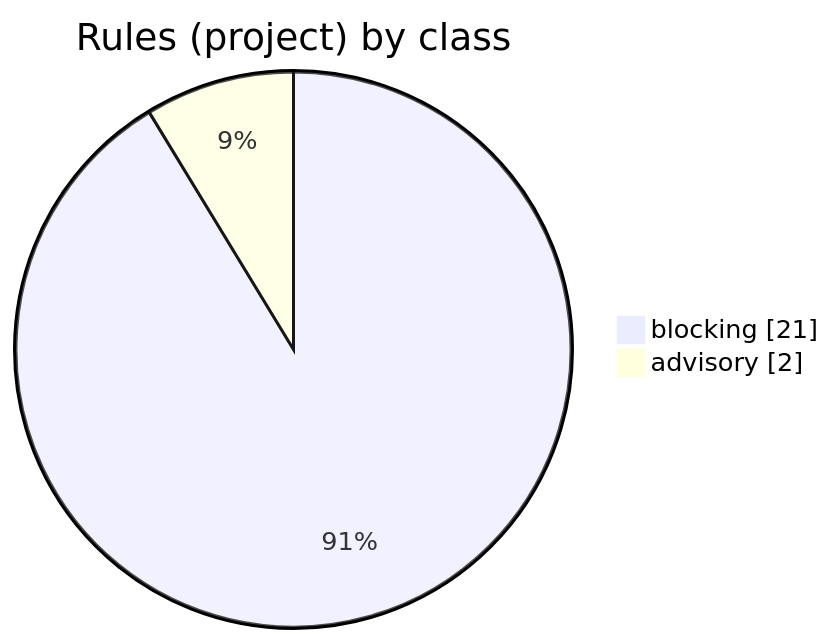
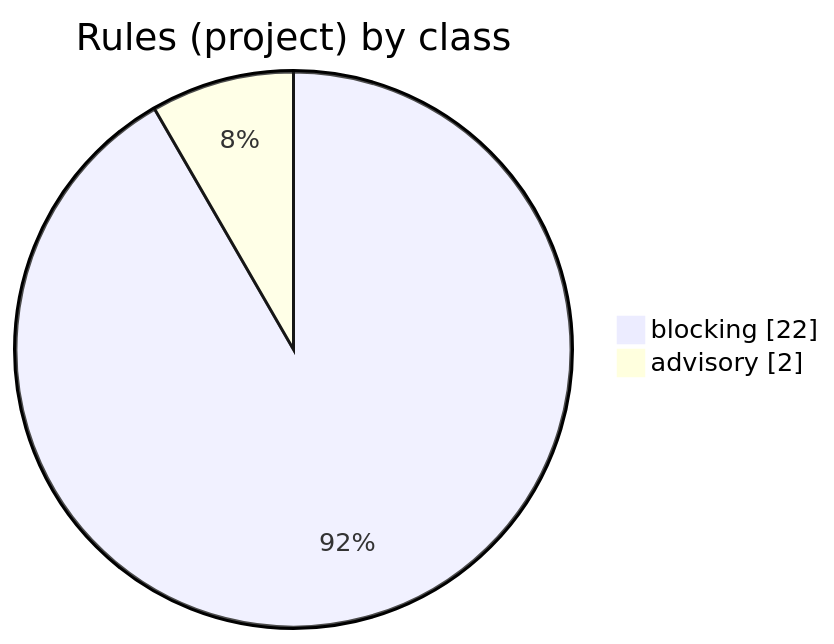
One commit to korczis/OpenTTD changed the ninth of 11 diagrams in README.md. Above: the diagram before and after it, drawn with Mermaid. The commit also changed other lines of this file and 11 other files, not shown here.

````diff
--- a/README.md
+++ b/README.md
@@ -1353,6 +1355,6 @@
 ```mermaid
 pie showData title Rules (project) by class
     %% links: README.md?col=Class&filter=blocking#06-ground-rules-short-version | README.md?col=Class&filter=advisory#06-ground-rules-short-version
-    "blocking" : 21
+    "blocking" : 22
     "advisory" : 2
 ```
````
